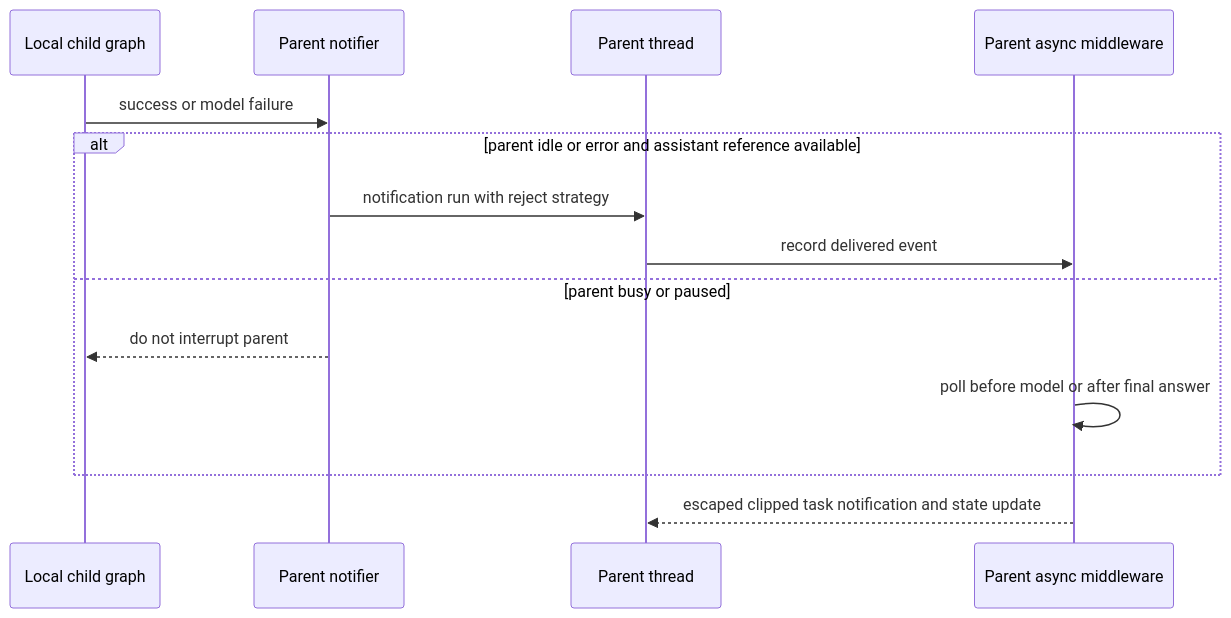
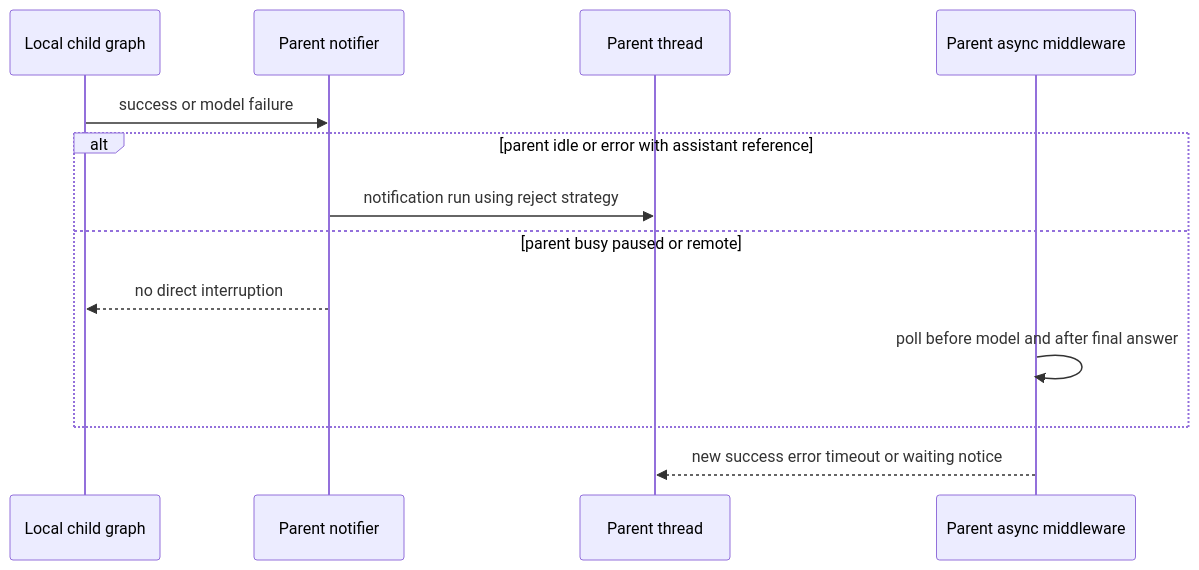
The fourth of 4 diagrams in openwiki/architecture/runtime-behavior.md (langchain-ai/deepagents), drawn with Mermaid before and after one commit. The commit also changed other lines of this file and 37 other files, not shown here.

````diff
--- a/openwiki/architecture/runtime-behavior.md
+++ b/openwiki/architecture/runtime-behavior.md
@@ -135,16 +125,15 @@
 ```mermaid
 sequenceDiagram
     participant Child as Local child graph
     participant Notifier as Parent notifier
-    participant Lead as Parent thread
+    participant Parent as Parent thread
     participant Poller as Parent async middleware
     Child->>Notifier: success or model failure
-    alt parent idle or error and assistant reference available
-        Notifier->>Lead: notification run with reject strategy
-        Lead->>Poller: record delivered event
-    else parent busy or paused
-        Notifier-->>Child: do not interrupt parent
-        Poller->>Poller: poll before model or after final answer
+    alt parent idle or error with assistant reference
+        Notifier->>Parent: notification run using reject strategy
+    else parent busy paused or remote
+        Notifier-->>Child: no direct interruption
+        Poller->>Poller: poll before model and after final answer
     end
-    Poller-->>Lead: escaped clipped task notification and state update
+    Poller-->>Parent: new success error timeout or waiting notice
 ```
````
